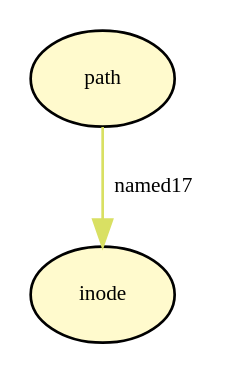
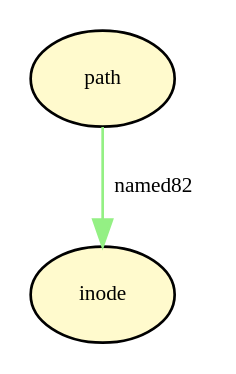
Before and after one commit to TinkerBellSystem/graph-matching: the diagram in tmp/provenance_inode_getsecurity.dot, drawn with Graphviz. The commit also changed 76 other files, not shown here.

```diff
--- a/tmp/provenance_inode_getsecurity.dot
+++ b/tmp/provenance_inode_getsecurity.dot
@@ -1,7 +1,7 @@
 digraph RGL__DirectedAdjacencyGraph {path[fontsize = 8,label = "path",shape = ellipse, fillcolor="#fffacd", style = filled]
 
 inode[fontsize = 8,label = "inode",shape = ellipse, fillcolor="#fffacd", style = filled]
 
-path -> inode[fontsize = 8,label = "named17", color="#d9e063"]
+path -> inode[fontsize = 8,label = "named82", color="#94f084"]
 
 }
```
